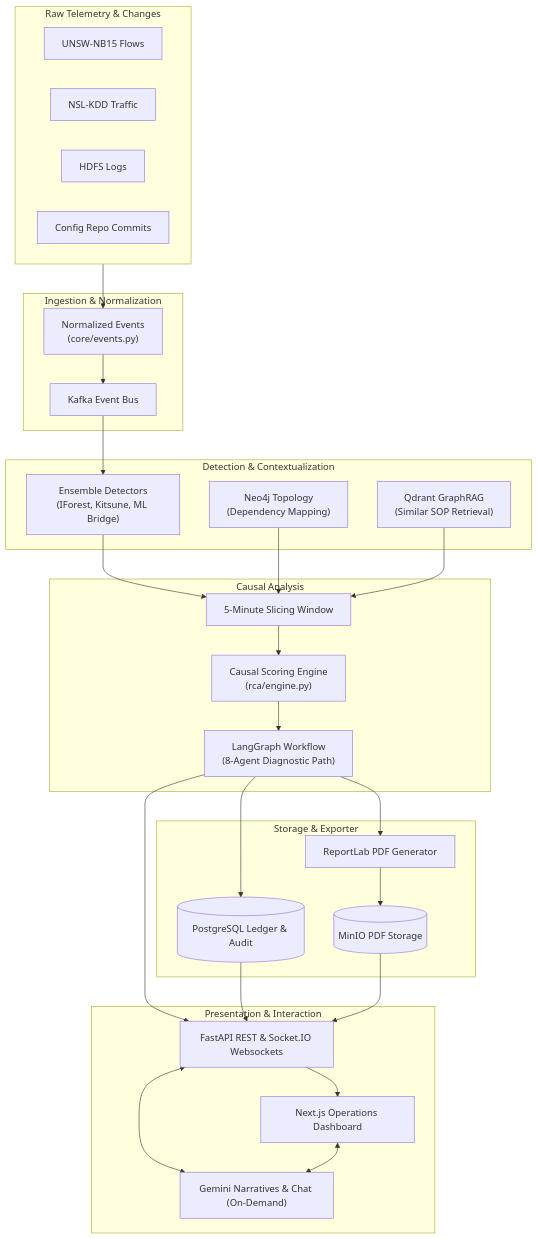
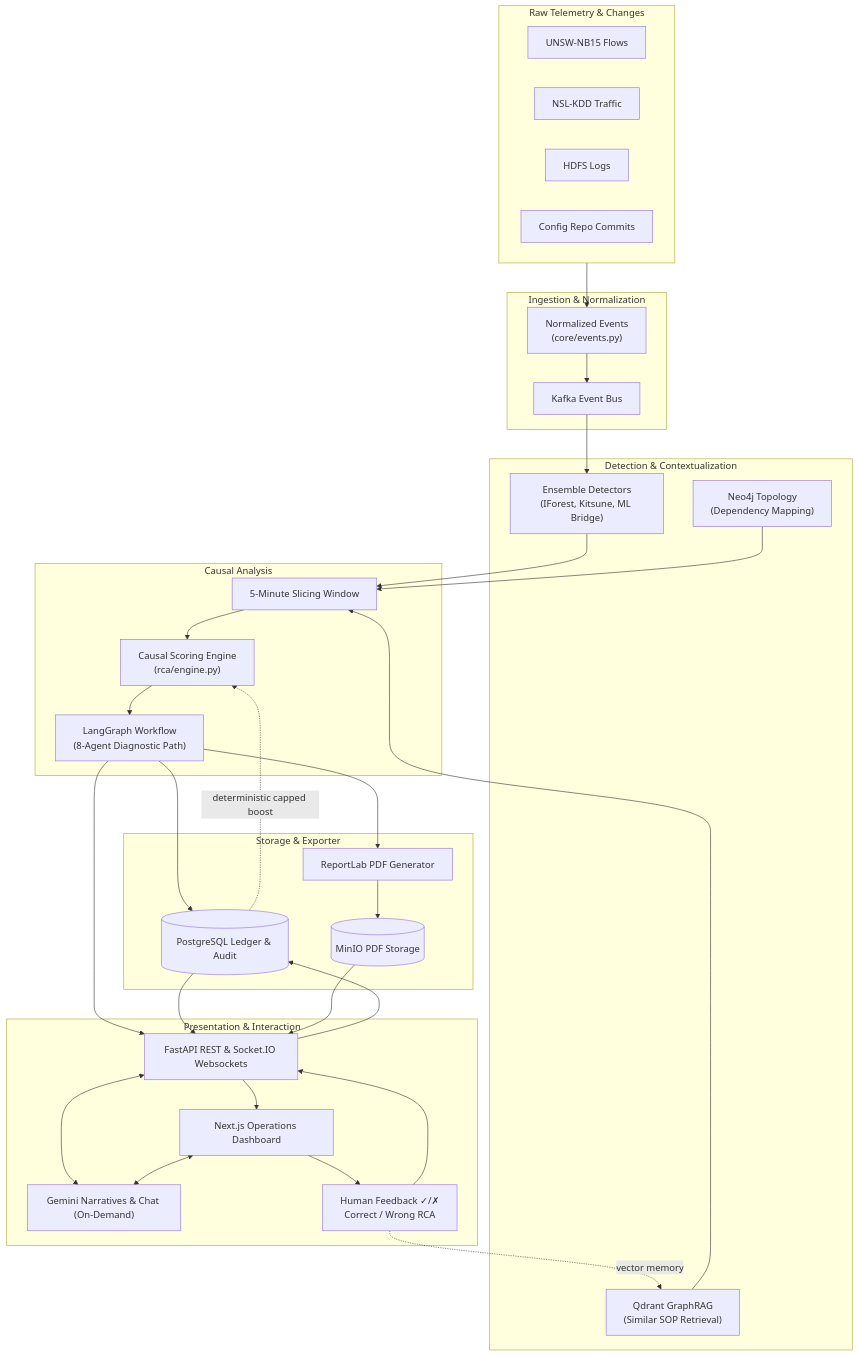
One commit to agam1092005/Vajra-RCA changed the second of 2 diagrams in README.md. Above: the diagram before and after it, drawn with Mermaid. The commit also changed other lines of this file and 12 other files, not shown here.

Commit message:
Human-in-the-loop feedback logic added

````diff
--- a/README.md
+++ b/README.md
@@ -822,55 +856,62 @@
 ```mermaid
 flowchart TD
     subgraph RawData["Raw Telemetry & Changes"]
         UNSW["UNSW-NB15 Flows"]
         NSL["NSL-KDD Traffic"]
         HDFS["HDFS Logs"]
         Config["Config Repo Commits"]
     end
 
     subgraph Normalization["Ingestion & Normalization"]
         Events["Normalized Events<br/>(core/events.py)"]
         Kafka["Kafka Event Bus"]
     end
 
     subgraph Processing["Detection & Contextualization"]
         Detectors["Ensemble Detectors<br/>(IForest, Kitsune, ML Bridge)"]
         Topology["Neo4j Topology<br/>(Dependency Mapping)"]
         RAG["Qdrant GraphRAG<br/>(Similar SOP Retrieval)"]
     end
 
     subgraph Decision["Causal Analysis"]
         Window["5-Minute Slicing Window"]
         Causal["Causal Scoring Engine<br/>(rca/engine.py)"]
         LangGraph["LangGraph Workflow<br/>(8-Agent Diagnostic Path)"]
     end
 
     subgraph Persistence["Storage & Exporter"]
         DB[(PostgreSQL Ledger & Audit)]
         PDF["ReportLab PDF Generator"]
         MinIO[(MinIO PDF Storage)]
     end
 
     subgraph UserInterface["Presentation & Interaction"]
         API["FastAPI REST & Socket.IO Websockets"]
         LLM["Gemini Narratives & Chat (On-Demand)"]
         UI["Next.js Operations Dashboard"]
+        Feedback["Human Feedback ✓/✗<br/>Correct / Wrong RCA"]
     end
 
     RawData --> Events
     Events --> Kafka
     Kafka --> Detectors
     
     Detectors & Topology & RAG --> Window
     Window --> Causal
     Causal --> LangGraph
     
     LangGraph --> DB
     LangGraph --> PDF
     PDF --> MinIO
     
     LangGraph & DB & MinIO --> API
     API --> UI
     API <--> LLM
     UI <--> LLM
+
+    UI --> Feedback
+    Feedback --> API
+    API --> DB
+    DB -. "deterministic capped boost" .-> Causal
+    Feedback -. "vector memory" .-> RAG
 ```
````
